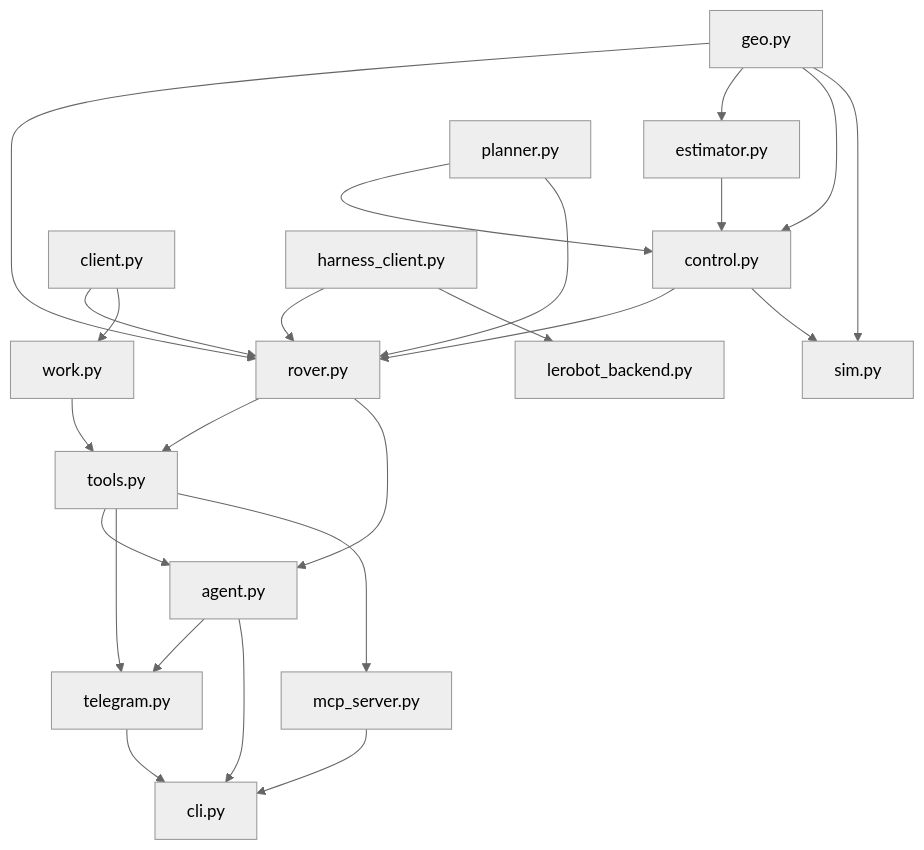
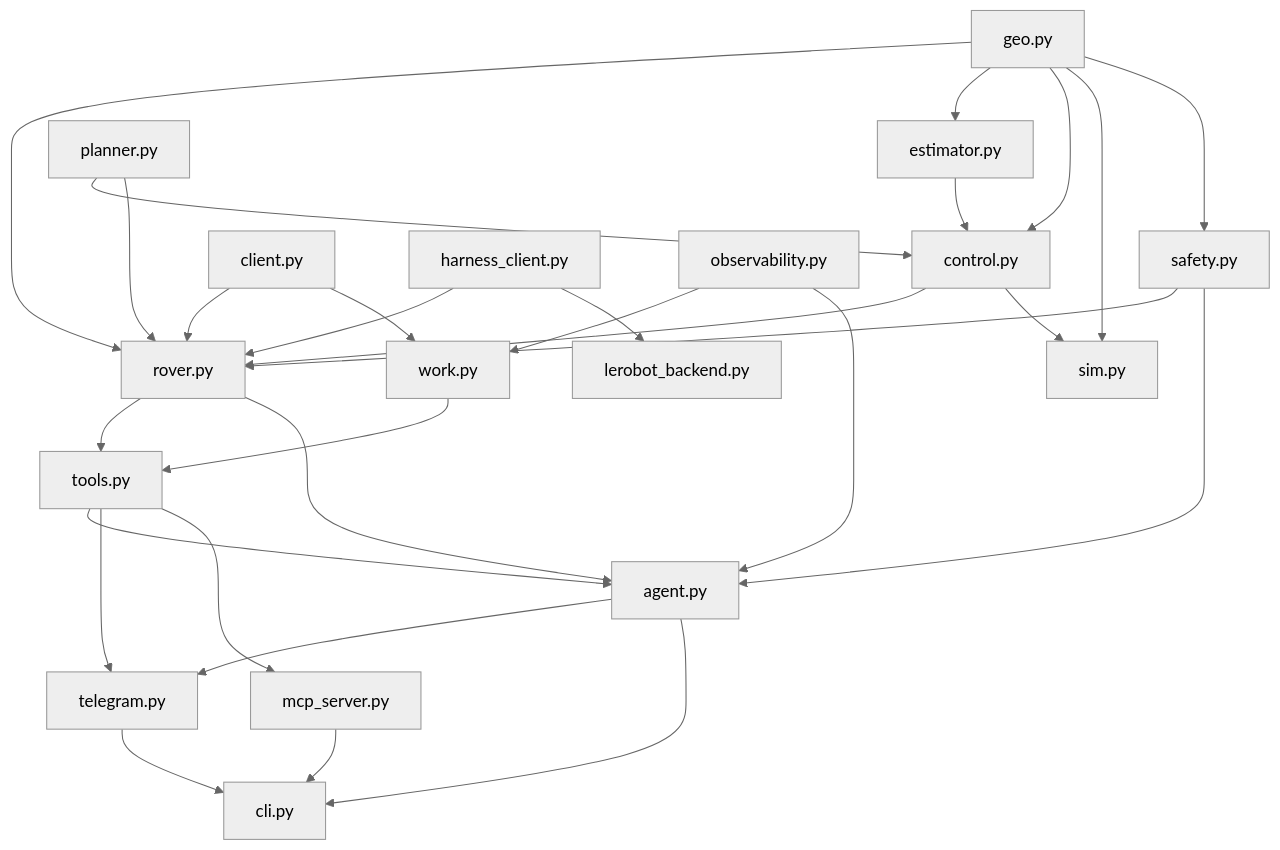
Diagram 16 of 18 in docs/ARCHITECTURE.md (0xSoftBoi/mini-plus-agent-kit), drawn with Mermaid (neutral theme) before and after one commit. The commit also changed other lines of this file and 10 other files, not shown here.

````diff
--- a/docs/ARCHITECTURE.md
+++ b/docs/ARCHITECTURE.md
@@ -616,26 +654,31 @@
 ```mermaid
 graph TD
   geo["geo.py"] --> rover["rover.py"]
   geo --> estimator["estimator.py"]
   geo --> control["control.py"]
   estimator --> control
   planner["planner.py"] --> control
   control --> rover
   planner --> rover
   control --> sim["sim.py"]
   geo --> sim
+  geo --> safety["safety.py"]
+  safety --> rover
   client["client.py"] --> rover
   harness["harness_client.py"] --> rover
   client --> work["work.py"]
+  obs["observability.py"] --> work
+  obs --> agent
+  safety --> agent
   rover --> tools["tools.py"]
   work --> tools
   tools --> agent["agent.py"]
   tools --> telegram["telegram.py"]
   tools --> mcp["mcp_server.py"]
   rover --> agent
   agent --> telegram
   harness --> lerobot["lerobot_backend.py"]
   agent --> cli["cli.py"]
   mcp --> cli
   telegram --> cli
 ```
````
